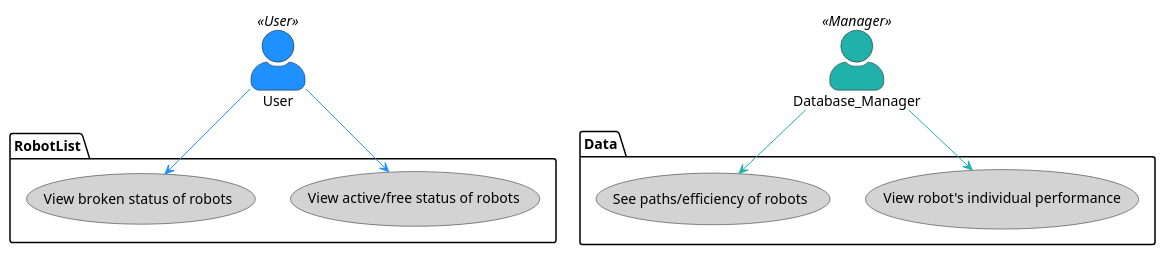
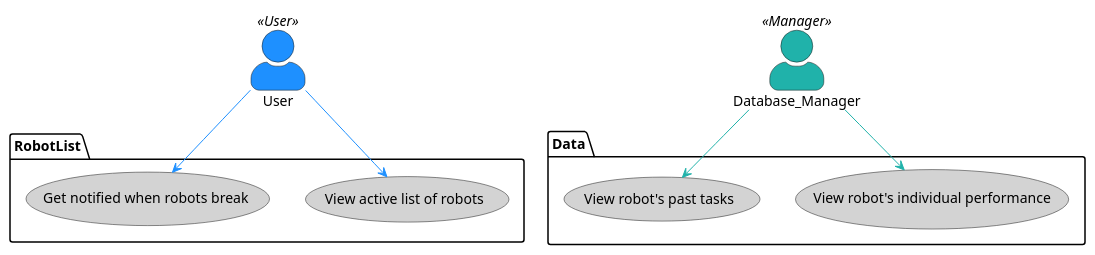
The diagram in docs/design/usecases/uc1.puml (ur-cs-courses/course-project-clean-squad), drawn with PlantUML before and after one commit. The commit also changed 2 other files, not shown here.

```diff
--- a/docs/design/usecases/uc1.puml
+++ b/docs/design/usecases/uc1.puml
@@ -1,25 +1,25 @@
 @startuml
 skinparam DefaultFontName Times New Roman
 skinparam actorStyle awesome
 
 Actor User
 User << User >> #DodgerBlue
 
 Actor Database_Manager
 Database_Manager << Manager >> #LightSeaGreen
 
 package Data {
     usecase "View robot's individual performance" as (robot_performance) #LightGrey
-    usecase "See paths/efficiency of robots" as (paths_efficiency) #LightGrey
+    usecase "View robot's past tasks" as (paths_efficiency) #LightGrey
 }
 
 package RobotList {
-    usecase "View active/free status of robots" as (active_free_status) #LightGrey
-    usecase "View broken status of robots" as (broken_status) #LightGrey
+    usecase "View active list of robots" as (active_free_status) #LightGrey
+    usecase "Get notified when robots break" as (broken_status) #LightGrey
 }
 
 :User: --> (active_free_status) #DodgerBlue
 :User: --> (broken_status) #DodgerBlue
 :Database_Manager: --> (robot_performance) #LightSeaGreen
 :Database_Manager: --> (paths_efficiency) #LightSeaGreen
 @enduml
```
